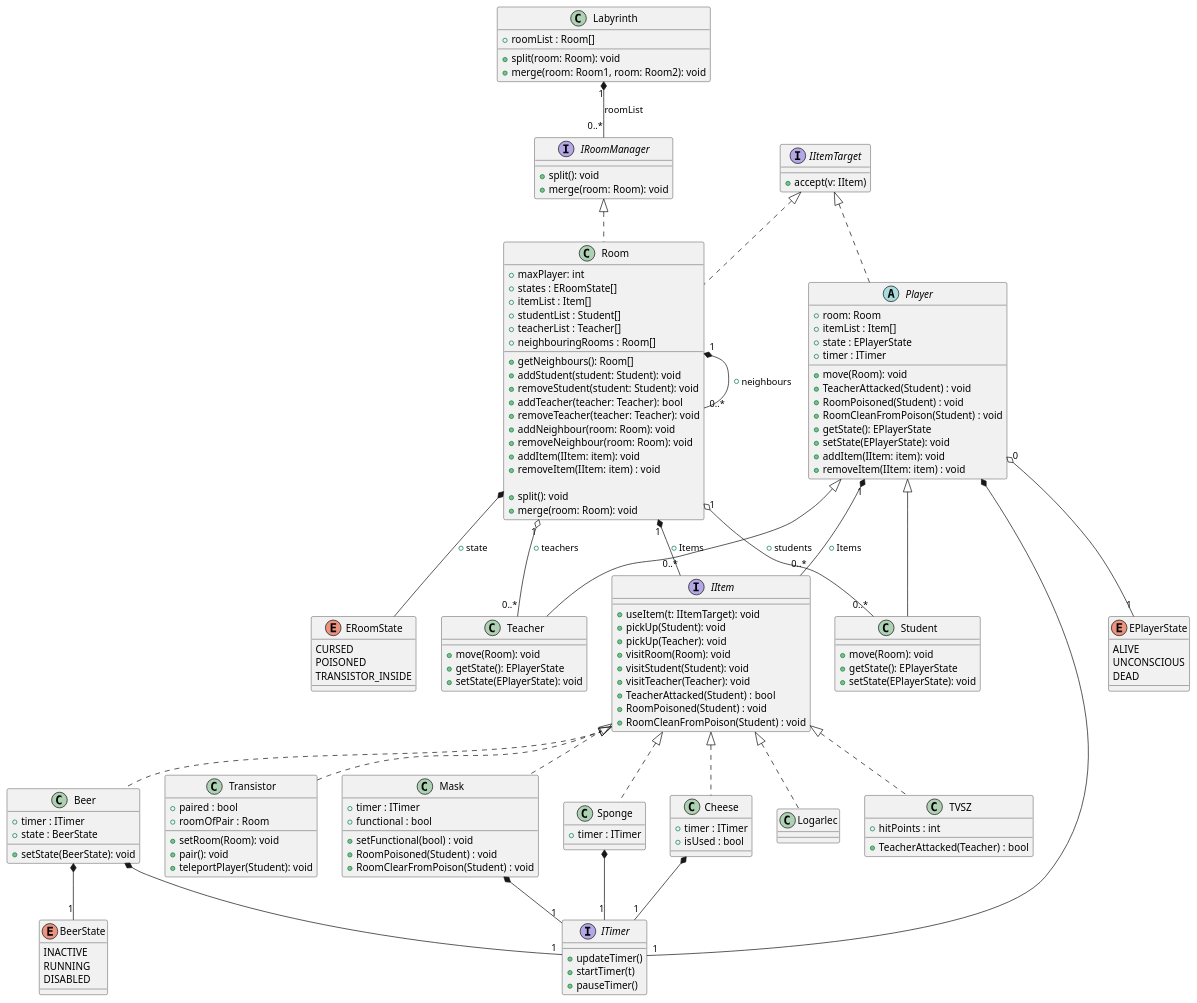
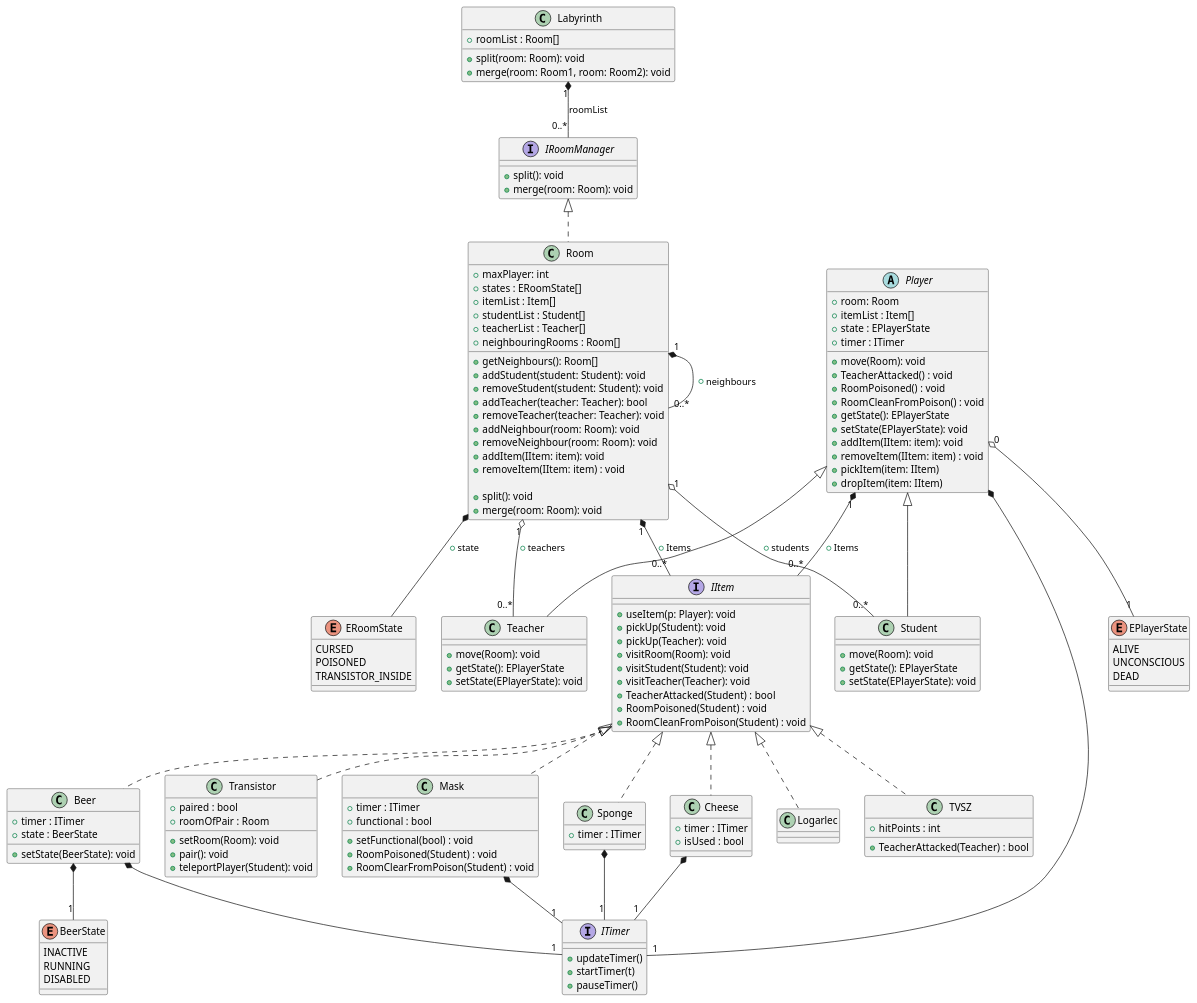
One commit to MBakter/echo changed the diagram in Class_UML.plantuml. Above: the diagram before and after it, drawn with PlantUML.

Commit message:
Update ClassUML

```diff
--- a/Class_UML.plantuml
+++ b/Class_UML.plantuml
@@ -1,178 +1,176 @@
 @startuml UML
 
 class Labyrinth {
     +roomList : Room[]
 
     +split(room: Room): void
     +merge(room: Room1, room: Room2): void
 }
 
 Labyrinth "1" *-- "0..*" IRoomManager: roomList
 
 interface IRoomManager {
     + split(): void
     + merge(room: Room): void
 }
 
 /' Removed implementing IItemHolder '/
-class Room implements IItemTarget, IRoomManager {
+class Room implements IRoomManager {
     + maxPlayer: int
     + states : ERoomState[]
     + itemList : Item[]
     + studentList : Student[]
     + teacherList : Teacher[]
     + neighbouringRooms : Room[]
 
     + getNeighbours(): Room[]
     + addStudent(student: Student): void
     + removeStudent(student: Student): void
     + addTeacher(teacher: Teacher): bool
     + removeTeacher(teacher: Teacher): void
     + addNeighbour(room: Room): void
     + removeNeighbour(room: Room): void
     + addItem(IItem: item): void
     + removeItem(IItem: item) : void
 
     + split(): void
     + merge(room: Room): void
 }
 
 Room "1" o-- "0..*" Student: + students
 Room "1" o-- "0..*" Teacher: + teachers
 Room "1" *-- "0..*" Room: + neighbours
 Room "1" *-- "0..*" IItem: + Items
 Room *-- ERoomState: + state
 
 
 enum EPlayerState {
     ALIVE
     UNCONSCIOUS
     DEAD
 }
 
 /' Removed implementing IItemHolder '/
-abstract class Player implements IItemTarget{
+abstract class Player {
     + room: Room
     + itemList : Item[]
     + state : EPlayerState
     + timer : ITimer
 
     + move(Room): void
-    + TeacherAttacked(Student) : void
-    + RoomPoisoned(Student) : void
-    + RoomCleanFromPoison(Student) : void
+    + TeacherAttacked() : void
+    + RoomPoisoned() : void
+    + RoomCleanFromPoison() : void
     + getState(): EPlayerState
     + setState(EPlayerState): void
     + addItem(IItem: item): void
     + removeItem(IItem: item) : void
+    + pickItem(item: IItem)
+    + dropItem(item: IItem)
 }
 
 Player "0" o-- "1" EPlayerState
 Player "1" *-- "0..*" IItem: + Items
 Player *-- "1" ITimer
 
 interface IItem {
-    + useItem(t: IItemTarget): void
+    + useItem(p: Player): void
     + pickUp(Student): void
     + pickUp(Teacher): void
     + visitRoom(Room): void
     + visitStudent(Student): void
     + visitTeacher(Teacher): void
     + TeacherAttacked(Student) : bool
     + RoomPoisoned(Student) : void
     + RoomCleanFromPoison(Student) : void
-}
-
-interface IItemTarget{
-    + accept(v: IItem)
 }
 
 class Teacher extends Player{
     + move(Room): void
     + getState(): EPlayerState
     + setState(EPlayerState): void
 }
 
 class Student extends Player{
     + move(Room): void
     + getState(): EPlayerState
     + setState(EPlayerState): void
 }
 
 /' interface IItemHolder {
     + addItemy(Item: Item): void
     + removeItem(Item: Item): void
 } '/
 
 enum ERoomState {
     CURSED
     POISONED
     TRANSISTOR_INSIDE
 }
 
 interface ITimer {
     + updateTimer()
     + startTimer(t)
     + pauseTimer()
 }
 
 class TVSZ implements IItem {
     + hitPoints : int
 
     + TeacherAttacked(Teacher) : bool
 }
 
 class Transistor implements IItem  {
     + paired : bool
     + roomOfPair : Room
 
     + setRoom(Room): void
     + pair(): void
     + teleportPlayer(Student): void
 }
 
 enum BeerState {
     INACTIVE
     RUNNING
     DISABLED
 }
 
 class Beer implements IItem {
     + timer : ITimer
     + state : BeerState
 
     + setState(BeerState): void
 }
 Beer *-- "1" ITimer
 Beer *-- "1" BeerState
 
 class Mask implements IItem  {
     + timer : ITimer
     + functional : bool
 
     + setFunctional(bool) : void
     + RoomPoisoned(Student) : void
     + RoomClearFromPoison(Student) : void
 
 }
 Mask *-- "1" ITimer
 
 class Sponge  implements IItem {
     + timer : ITimer
 
 }
 Sponge *-- "1" ITimer
 
 class Cheese  implements IItem {
     + timer : ITimer
     + isUsed : bool
 
 }
 Cheese *-- "1" ITimer
 
 class Logarlec  implements IItem  {
 }
 
 
 
 @enduml
```
